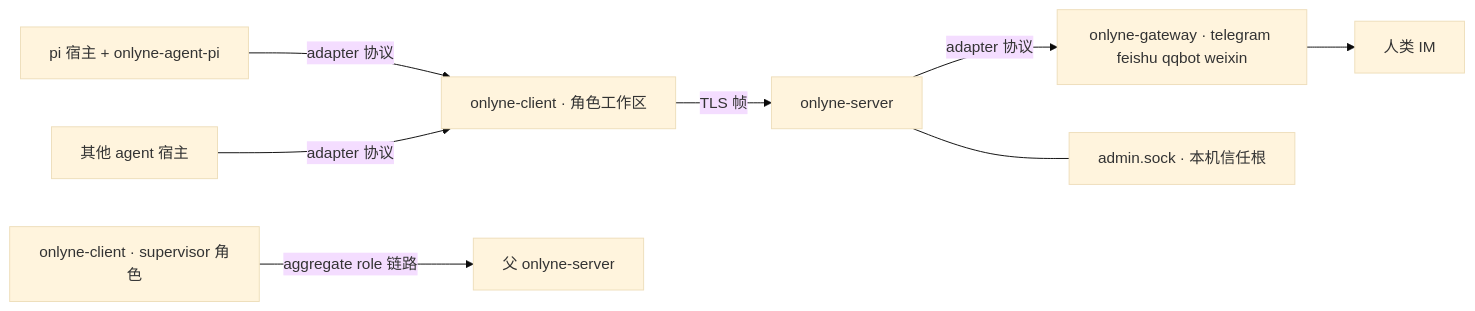
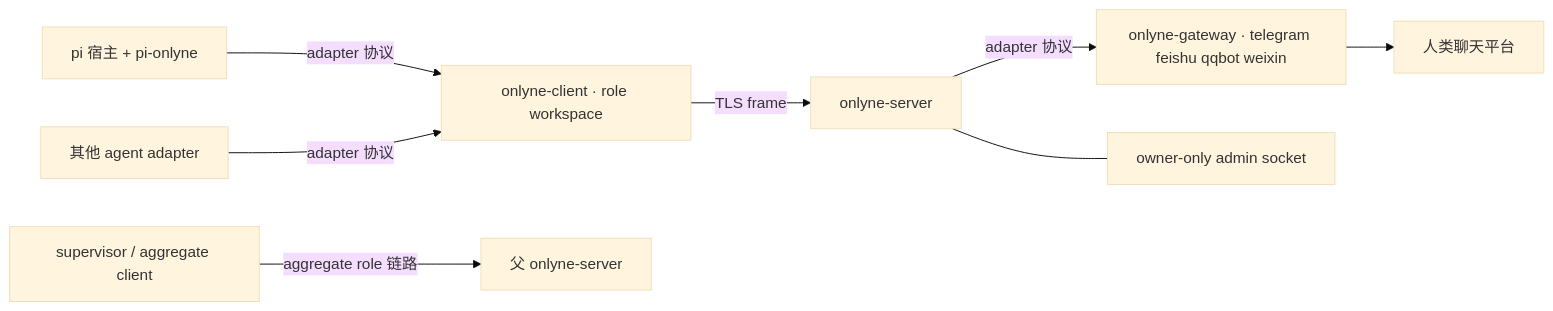
Before and after one commit to dbydd/onlyne: the second of 2 diagrams in README.zh-CN.md, drawn with Mermaid (base theme). The commit also changed other lines of this file and 5 other files, not shown here.

````diff
--- a/README.zh-CN.md
+++ b/README.zh-CN.md
@@ -66,10 +359,10 @@
 ```mermaid
 graph LR
-  P[pi 宿主 + onlyne-agent-pi] -->|adapter 协议| C[onlyne-client · 角色工作区]
-  S1[其他 agent 宿主] -->|adapter 协议| C
-  C -->|TLS 帧| SRV[onlyne-server]
+  P[pi 宿主 + pi-onlyne] -->|adapter 协议| C[onlyne-client · role workspace]
+  A[其他 agent adapter] -->|adapter 协议| C
+  C -->|TLS frame| SRV[onlyne-server]
   SRV -->|adapter 协议| G[onlyne-gateway · telegram feishu qqbot weixin]
-  G --> H[人类 IM]
-  C2[onlyne-client · supervisor 角色] -->|aggregate role 链路| SP[父 onlyne-server]
-  SRV --- A[admin.sock · 本机信任根]
+  G --> H[人类聊天平台]
+  SC[supervisor / aggregate client] -->|aggregate role 链路| PS[父 onlyne-server]
+  SRV --- AD[owner-only admin socket]
 ```
````
